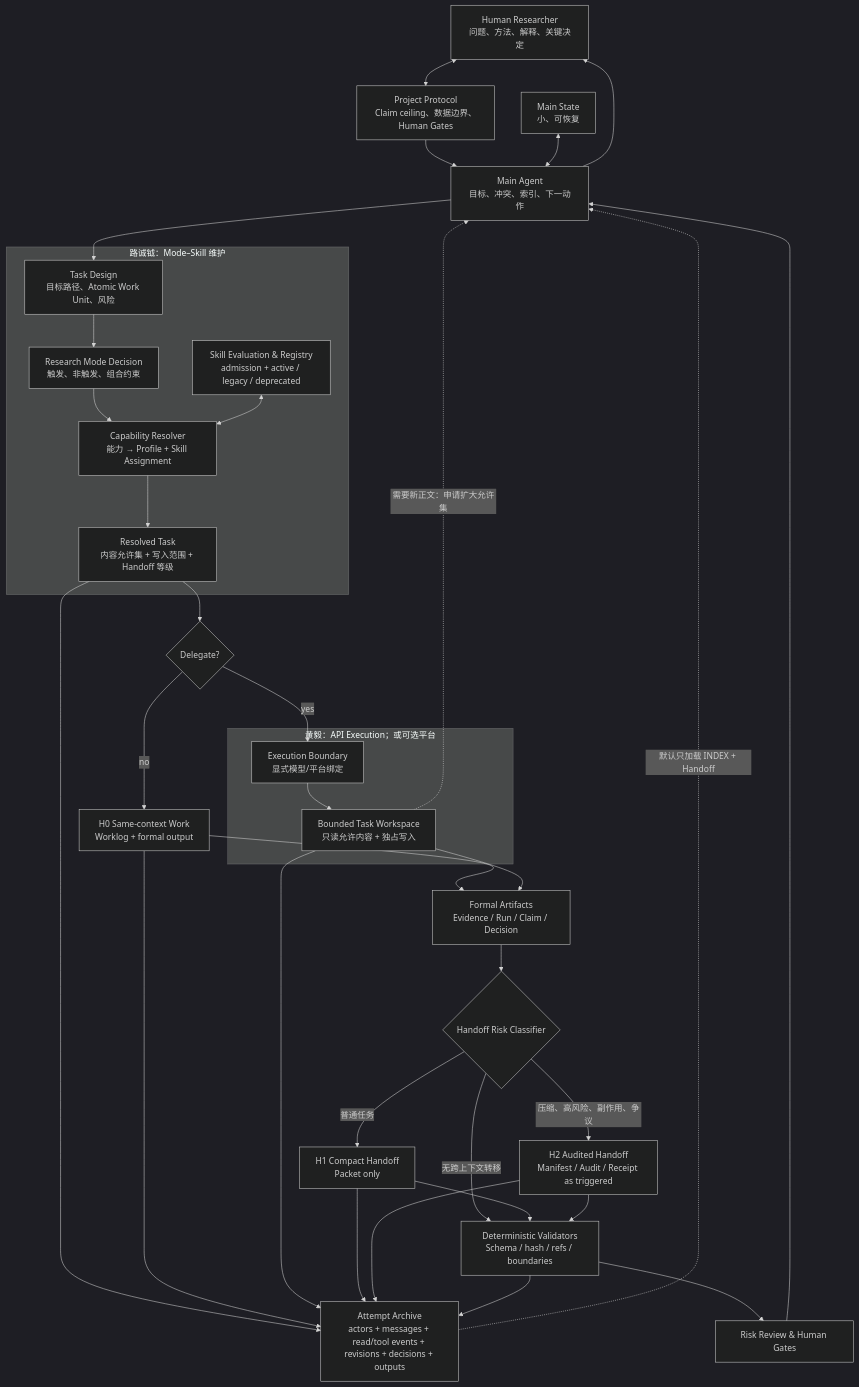
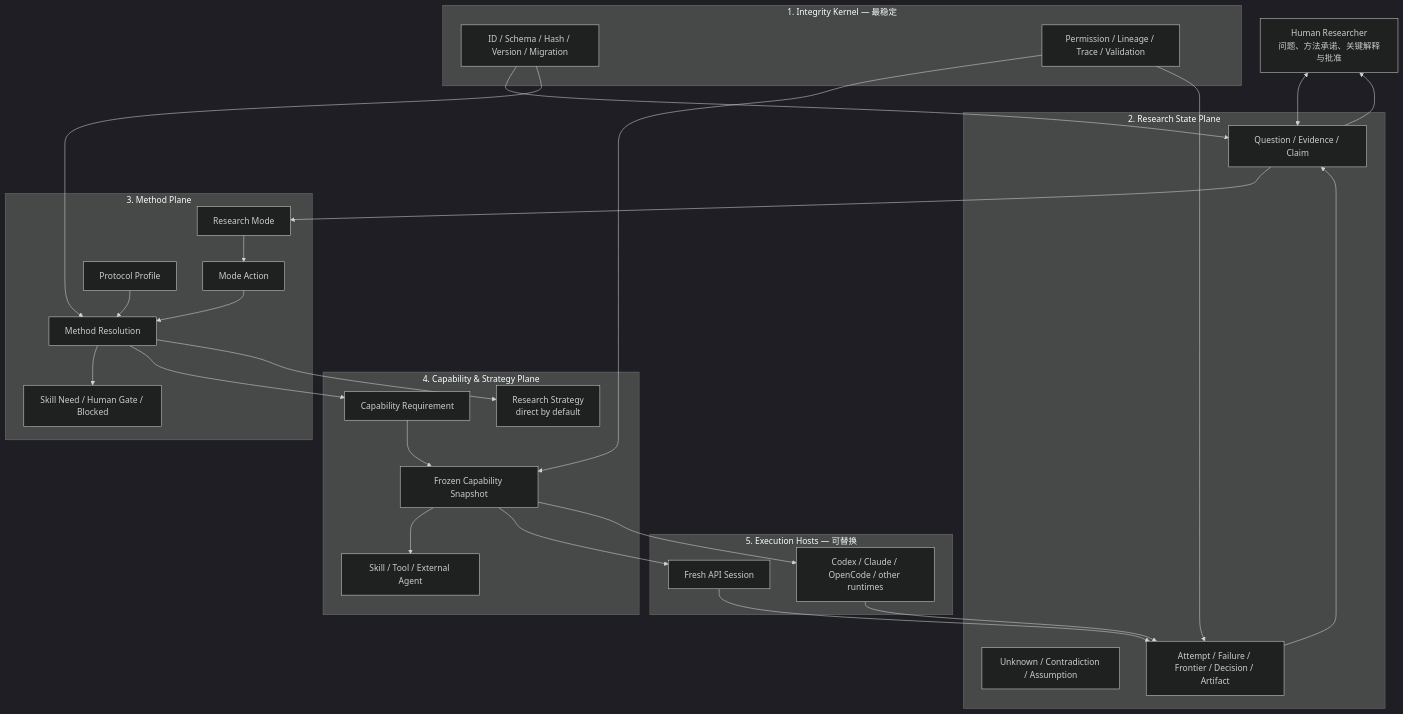
Before and after one commit to Chengyue-Lu/research-agent-workbench: the first of 2 diagrams in docs/ARCHITECTURE.md, drawn with Mermaid (dark theme). The commit also changed other lines of this file and 32 other files, not shown here.

Commit message:
docs: rebase architecture on method-aware control plane

````diff
--- a/docs/ARCHITECTURE.md
+++ b/docs/ARCHITECTURE.md
@@ -58,55 +27,52 @@
 ```mermaid
 flowchart TB
-    H["Human Researcher\n问题、方法、解释、关键决定"]
-    PP["Project Protocol\nClaim ceiling、数据边界、Human Gates"]
-    MA["Main Agent\n目标、冲突、索引、下一动作"]
-    MS["Main State\n小、可恢复"]
+    H["Human Researcher<br/>问题、方法承诺、关键解释与批准"]
 
-    subgraph OWN["路诚钺：Mode–Skill 维护"]
-        TD["Task Design\n目标路径、Atomic Work Unit、风险"]
-        RM["Research Mode Decision\n触发、非触发、组合约束"]
-        CR["Capability Resolver\n能力 → Profile + Skill Assignment"]
-        RP["Resolved Task\n内容允许集 + 写入范围 + Handoff 等级"]
-        SE["Skill Evaluation & Registry\nadmission + active / legacy / deprecated"]
+    subgraph P5["5. Execution Hosts — 可替换"]
+        API["Fresh API Session"]
+        HOST["Codex / Claude / OpenCode / other runtimes"]
     end
 
-    subgraph EXEC["黄毅：API Execution；或可选平台"]
-        EB["Execution Boundary\n显式模型/平台绑定"]
-        TW["Bounded Task Workspace\n只读允许内容 + 独占写入"]
+    subgraph P4["4. Capability & Strategy Plane"]
+        CRQ["Capability Requirement"]
+        CS["Frozen Capability Snapshot"]
+        IMPL["Skill / Tool / External Agent"]
+        STR["Research Strategy<br/>direct by default"]
     end
 
-    DG{"Delegate?"}
-    L0["H0 Same-context Work\nWorklog + formal output"]
-    AR["Formal Artifacts\nEvidence / Run / Claim / Decision"]
-    HC{"Handoff Risk Classifier"}
-    H1["H1 Compact Handoff\nPacket only"]
-    H2["H2 Audited Handoff\nManifest / Audit / Receipt as triggered"]
-    TA["Attempt Archive\nactors + messages + read/tool events + revisions + decisions + outputs"]
-    DV["Deterministic Validators\nSchema / hash / refs / boundaries"]
-    RG["Risk Review & Human Gates"]
+    subgraph P3["3. Method Plane"]
+        MODE["Research Mode"]
+        ACT["Mode Action"]
+        MR["Method Resolution"]
+        PRO["Protocol Profile"]
+        NEED["Skill Need / Human Gate / Blocked"]
+    end
 
-    H <--> PP
-    PP --> MA
-    MS <--> MA
-    MA --> TD
-    TD --> RM --> CR --> RP
-    SE <--> CR
-    RP --> DG
-    DG -->|"no"| L0 --> AR
-    DG -->|"yes"| EB --> TW --> AR
-    TW -.->|"需要新正文：申请扩大允许集"| MA
-    RP --> TA
-    L0 --> TA
-    TW --> TA
-    AR --> HC
-    HC -->|"无跨上下文转移"| DV
-    HC -->|"普通任务"| H1
-    HC -->|"压缩、高风险、副作用、争议"| H2
-    H1 --> DV
-    H2 --> DV
-    H1 --> TA
-    H2 --> TA
-    DV --> TA
-    TA -.->|"默认只加载 INDEX + Handoff"| MA
-    DV --> RG --> MA --> H
+    subgraph P2["2. Research State Plane"]
+        STATE["Question / Evidence / Claim"]
+        OPEN["Unknown / Contradiction / Assumption"]
+        HIST["Attempt / Failure / Frontier / Decision / Artifact"]
+    end
+
+    subgraph P1["1. Integrity Kernel — 最稳定"]
+        INT["ID / Schema / Hash / Version / Migration"]
+        GOV["Permission / Lineage / Trace / Validation"]
+    end
+
+    H <--> STATE
+    STATE --> MODE --> ACT --> MR
+    PRO --> MR
+    MR --> NEED
+    MR --> CRQ --> CS --> IMPL
+    MR --> STR
+    CS --> API
+    CS --> HOST
+    API --> HIST
+    HOST --> HIST
+    HIST --> STATE
+    INT --> STATE
+    INT --> MR
+    GOV --> CS
+    GOV --> HIST
+    STATE --> H
 ```
````
